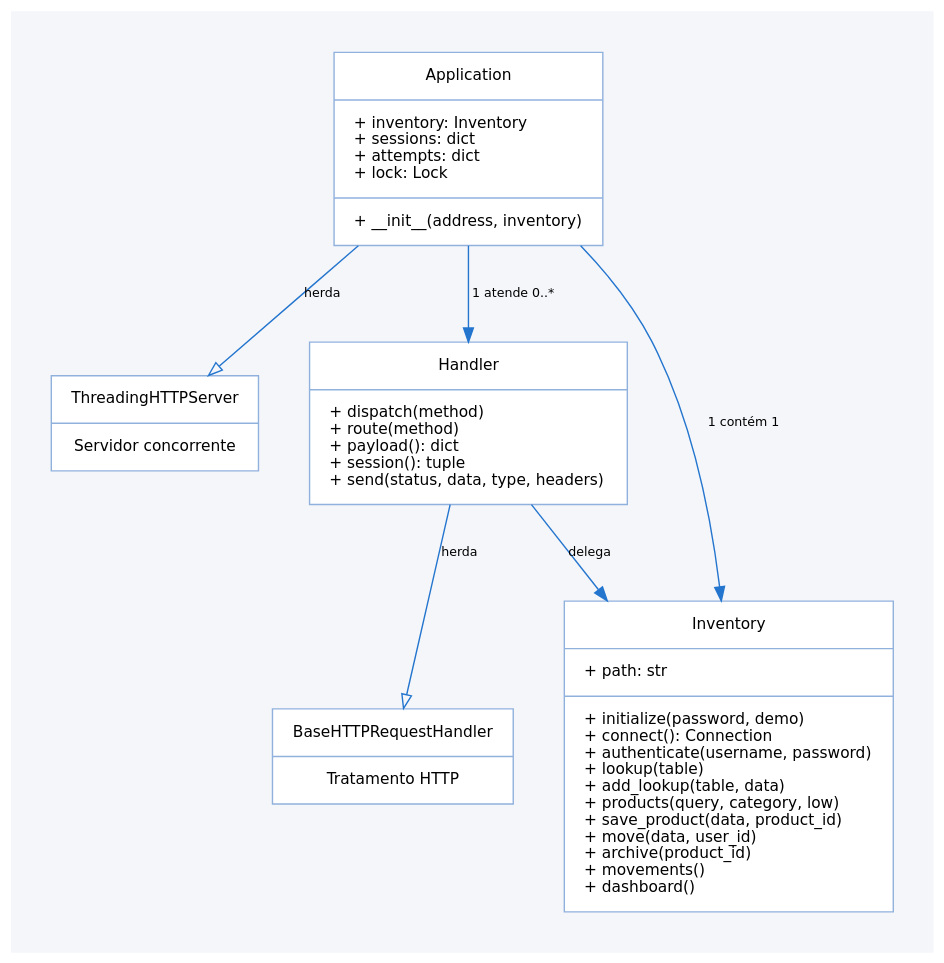
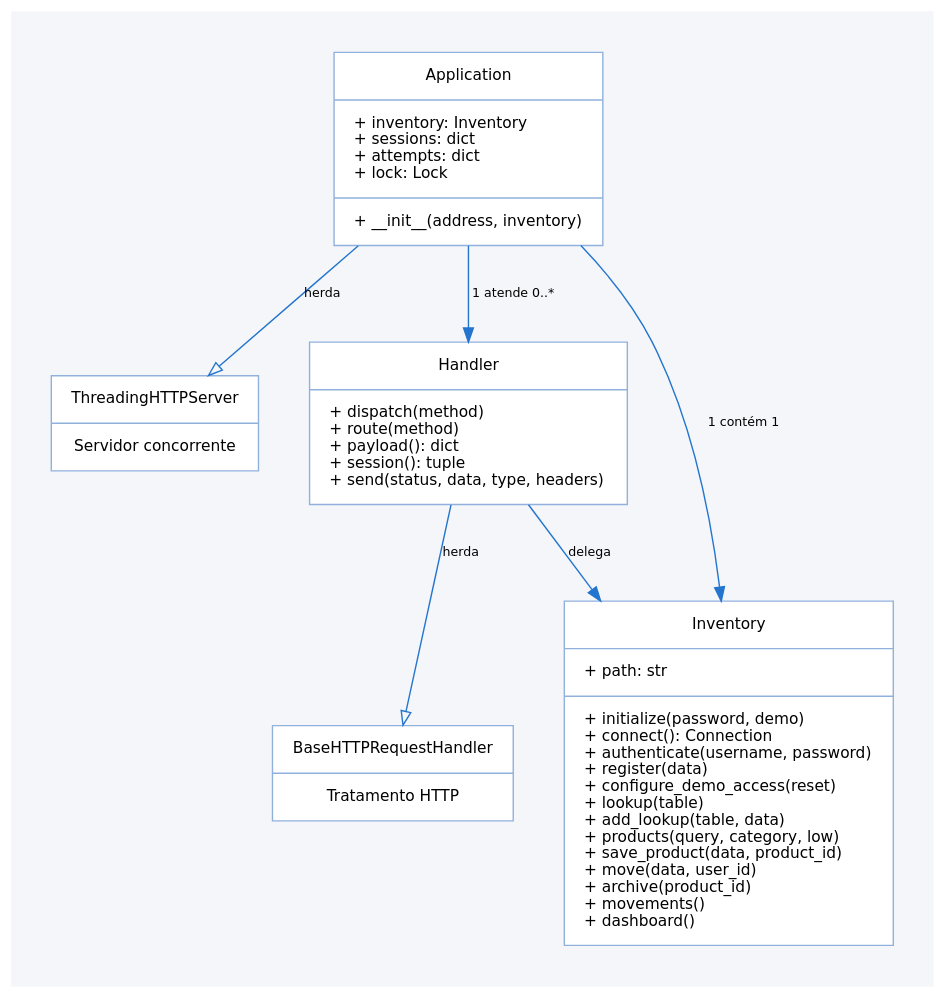
One commit to lxzinxs/EstoquePro-A3 changed the diagram in docs/diagramas/classes.dot. Above: the diagram before and after it, drawn with Graphviz. The commit also changed 25 other files, not shown here.

```diff
--- a/docs/diagramas/classes.dot
+++ b/docs/diagramas/classes.dot
@@ -1,13 +1,13 @@
 digraph G {
 graph [bgcolor="#f4f6fa", pad="0.4", nodesep="0.5", ranksep="0.8", fontname="DejaVu Sans"]; node [fontname="DejaVu Sans", fontsize=11, shape=box, style="rounded,filled", fillcolor="white", color="#91b1dd", margin="0.2,0.15"]; edge [fontname="DejaVu Sans", fontsize=9, color="#2475ce"]; rankdir=TB; node [shape=record,style=filled];
  T [label="{ThreadingHTTPServer|Servidor concorrente}"];
  B [label="{BaseHTTPRequestHandler|Tratamento HTTP}"];
  A [label="{Application|+ inventory: Inventory\l+ sessions: dict\l+ attempts: dict\l+ lock: Lock\l|+ __init__(address, inventory)\l}"];
  H [label="{Handler|+ dispatch(method)\l+ route(method)\l+ payload(): dict\l+ session(): tuple\l+ send(status, data, type, headers)\l}"];
- I [label="{Inventory|+ path: str\l|+ initialize(password, demo)\l+ connect(): Connection\l+ authenticate(username, password)\l+ lookup(table)\l+ add_lookup(table, data)\l+ products(query, category, low)\l+ save_product(data, product_id)\l+ move(data, user_id)\l+ archive(product_id)\l+ movements()\l+ dashboard()\l}"];
+ I [label="{Inventory|+ path: str\l|+ initialize(password, demo)\l+ connect(): Connection\l+ authenticate(username, password)\l+ register(data)\l+ configure_demo_access(reset)\l+ lookup(table)\l+ add_lookup(table, data)\l+ products(query, category, low)\l+ save_product(data, product_id)\l+ move(data, user_id)\l+ archive(product_id)\l+ movements()\l+ dashboard()\l}"];
  A->T [arrowhead=empty,label="herda"];
  H->B [arrowhead=empty,label="herda"];
  A->I [label="1 contém 1"];
  A->H [label="1 atende 0..* "];
  H->I [label="delega"];
 }
```
